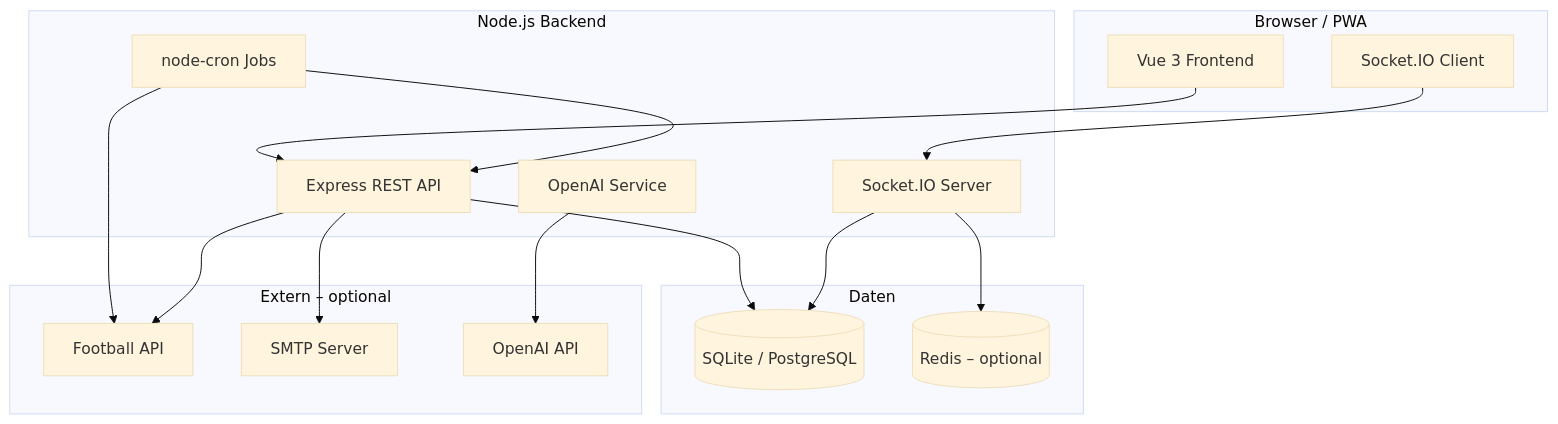
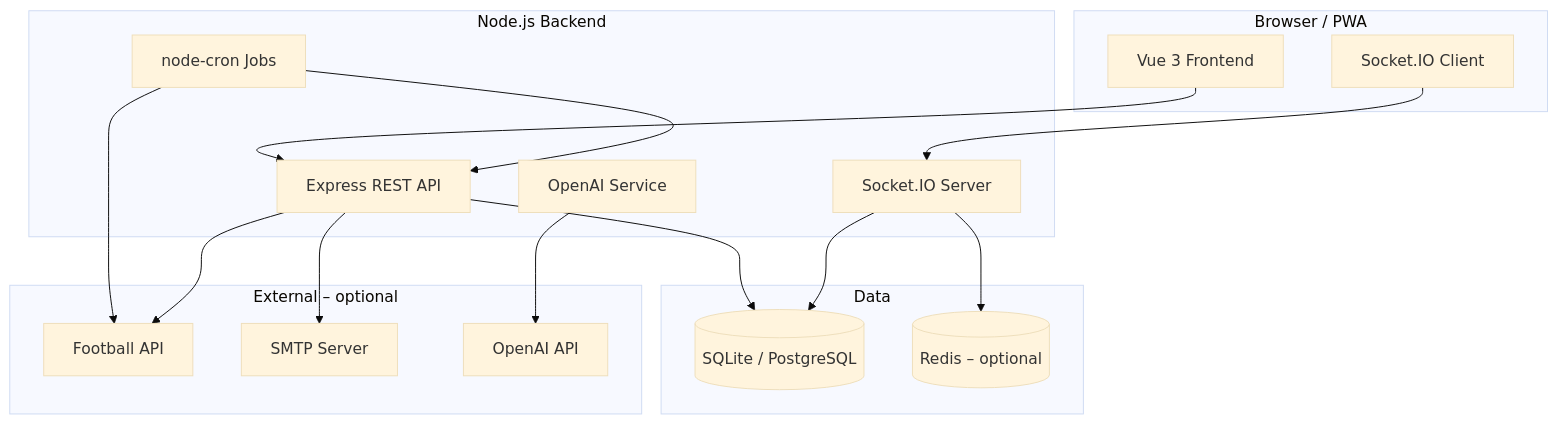
The diagram in README.md (schmeckm/WM2026_Prediction), drawn with Mermaid (base theme) before and after one commit. The commit also changed other lines of this file and 18 other files, not shown here.

````diff
--- a/README.md
+++ b/README.md
@@ -330,36 +366,36 @@
 ```mermaid
 flowchart TB
     subgraph client [Browser / PWA]
         Vue[Vue 3 Frontend]
         WS[Socket.IO Client]
     end
 
     subgraph server [Node.js Backend]
         API[Express REST API]
         SIO[Socket.IO Server]
         Cron[node-cron Jobs]
         AI[OpenAI Service]
     end
 
-    subgraph data [Daten]
+    subgraph data [Data]
         DB[(SQLite / PostgreSQL)]
         Redis[(Redis – optional)]
     end
 
-    subgraph external [Extern – optional]
+    subgraph external [External – optional]
         FAPI[Football API]
         SMTP[SMTP Server]
         OAI[OpenAI API]
     end
 
     Vue --> API
     WS --> SIO
     API --> DB
     SIO --> DB
     Cron --> API
     Cron --> FAPI
     API --> FAPI
     API --> SMTP
     AI --> OAI
     SIO --> Redis
 ```
````
